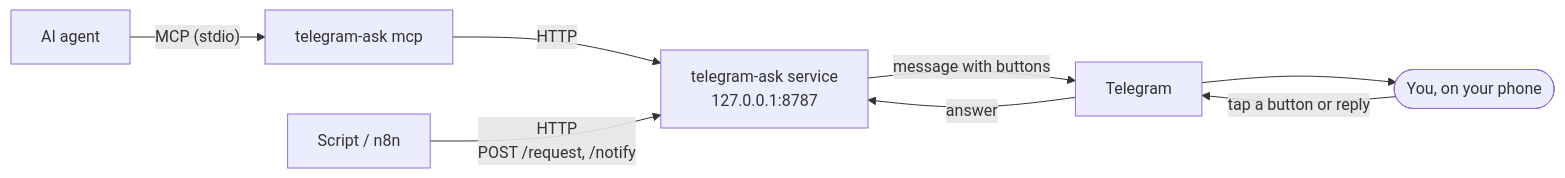
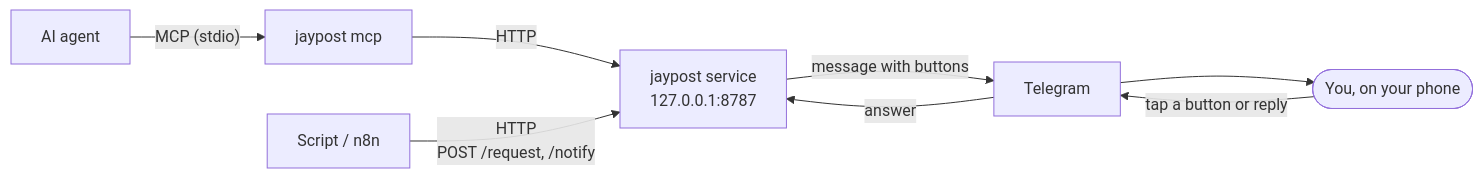
Before and after one commit to actions-marketplace-validations/bithyte_jaypost: the diagram in README.md, drawn with Mermaid. The commit also changed other lines of this file and 87 other files, not shown here.

````diff
--- a/README.md
+++ b/README.md
@@ -35,10 +35,10 @@
 ```mermaid
 flowchart LR
-    agent["AI agent"] -- "MCP (stdio)" --> mcp["telegram-ask mcp"]
+    agent["AI agent"] -- "MCP (stdio)" --> mcp["jaypost mcp"]
     mcp -- HTTP --> svc
-    script["Script / n8n"] -- "HTTP<br>POST /request, /notify" --> svc["telegram-ask service<br>127.0.0.1:8787"]
+    script["Script / n8n"] -- "HTTP<br>POST /request, /notify" --> svc["jaypost service<br>127.0.0.1:8787"]
     svc -- "message with buttons" --> tg["Telegram"]
     tg --> you(["You, on your phone"])
     you -- "tap a button or reply" --> tg
     tg -- answer --> svc
 ```
````
